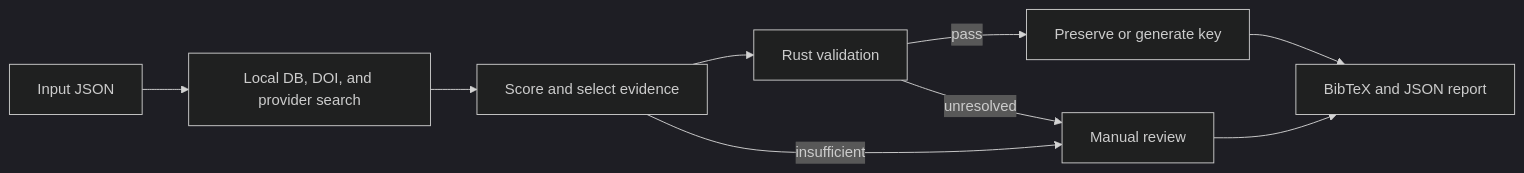
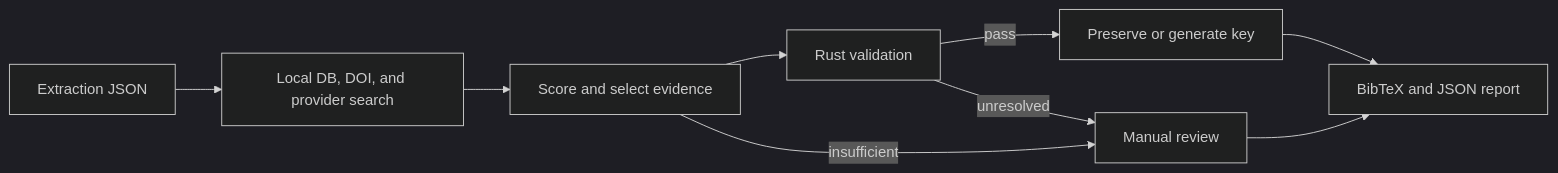
Before and after one commit to EhimeNLP/bibmgr: the diagram in pipeline/bibtex_reconstruction/README.md, drawn with Mermaid (dark theme). The commit also changed other lines of this file and 3 other files, not shown here.

````diff
--- a/pipeline/bibtex_reconstruction/README.md
+++ b/pipeline/bibtex_reconstruction/README.md
@@ -117,11 +142,11 @@
 ```mermaid
 flowchart LR
-    INPUT[Input JSON] --> SEARCH[Local DB, DOI, and provider search]
-    SEARCH --> SELECT[Score and select evidence]
-    SELECT --> VALIDATE[Rust validation]
-    SELECT -- insufficient --> REVIEW[Manual review]
-    VALIDATE -- pass --> KEY[Preserve or generate key]
-    VALIDATE -- unresolved --> REVIEW
-    KEY --> OUTPUT[BibTeX and JSON report]
+    INPUT["Extraction JSON"] --> SEARCH["Local DB, DOI, and provider search"]
+    SEARCH --> SELECT["Score and select evidence"]
+    SELECT --> VALIDATE["Rust validation"]
+    SELECT -- "insufficient" --> REVIEW["Manual review"]
+    VALIDATE -- "pass" --> KEY["Preserve or generate key"]
+    VALIDATE -- "unresolved" --> REVIEW
+    KEY --> OUTPUT["BibTeX and JSON report"]
     REVIEW --> OUTPUT
 ```
````
